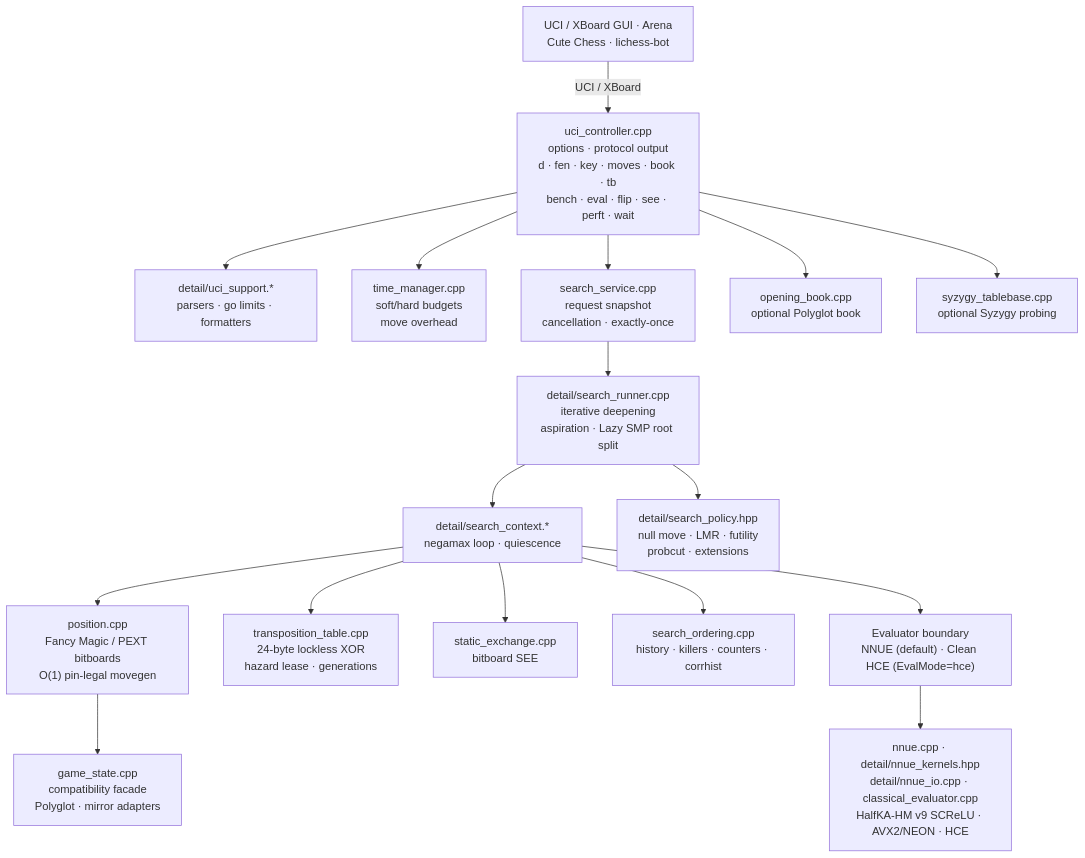
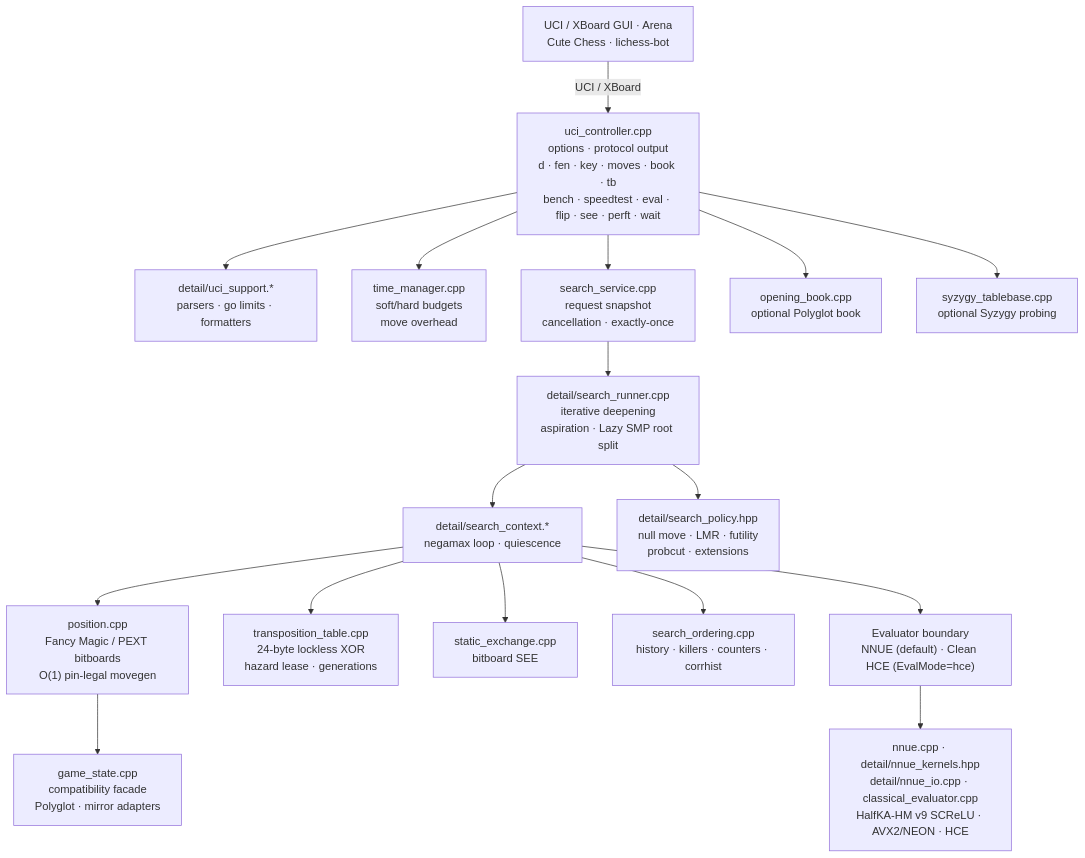
The diagram in docs/ARCHITECTURE.md (nhatquang1701/Koi), drawn with Mermaid before and after one commit. The commit also changed 6 other files, not shown here.

Commit message:
docs(contributing,spec,cli,guide,architecture,changelog): fix smoke snippet and document speedtest

````diff
--- a/docs/ARCHITECTURE.md
+++ b/docs/ARCHITECTURE.md
@@ -7,20 +7,20 @@
 ```mermaid
 flowchart TD
     GUI["UCI / XBoard GUI · Arena<br/>Cute Chess · lichess-bot"] -- "UCI / XBoard" --> UCI
-    UCI["uci_controller.cpp<br/>options · protocol output<br/>d · fen · key · moves · book · tb<br/>bench · eval · flip · see · perft · wait"]
+    UCI["uci_controller.cpp<br/>options · protocol output<br/>d · fen · key · moves · book · tb<br/>bench · speedtest · eval · flip · see · perft · wait"]
     UCI --> UCISUPPORT["detail/uci_support.*<br/>parsers · go limits · formatters"]
     UCI --> TIME["time_manager.cpp<br/>soft/hard budgets<br/>move overhead"]
     UCI --> SERVICE["search_service.cpp<br/>request snapshot<br/>cancellation · exactly-once"]
     SERVICE --> RUNNER["detail/search_runner.cpp<br/>iterative deepening<br/>aspiration · Lazy SMP root split"]
     RUNNER --> CONTEXT["detail/search_context.*<br/>negamax loop · quiescence"]
     RUNNER --> POLICY["detail/search_policy.hpp<br/>null move · LMR · futility<br/>probcut · extensions"]
     CONTEXT --> POSITION["position.cpp<br/>Fancy Magic / PEXT bitboards<br/>O(1) pin-legal movegen"]
     POSITION --> STATE["game_state.cpp<br/>compatibility facade<br/>Polyglot · mirror adapters"]
     CONTEXT --> TT["transposition_table.cpp<br/>24-byte lockless XOR<br/>hazard lease · generations"]
     CONTEXT --> SEE["static_exchange.cpp<br/>bitboard SEE"]
     CONTEXT --> ORDER["search_ordering.cpp<br/>history · killers · counters · corrhist"]
     CONTEXT --> EVAL["Evaluator boundary<br/>NNUE (default) · Clean HCE (EvalMode=hce)"]
     EVAL --> NNUE["nnue.cpp · detail/nnue_kernels.hpp<br/>detail/nnue_io.cpp · classical_evaluator.cpp<br/>HalfKA-HM v9 SCReLU · AVX2/NEON · HCE"]
     UCI --> BOOK["opening_book.cpp<br/>optional Polyglot book"]
     UCI --> TB["syzygy_tablebase.cpp<br/>optional Syzygy probing"]
 ```
````
